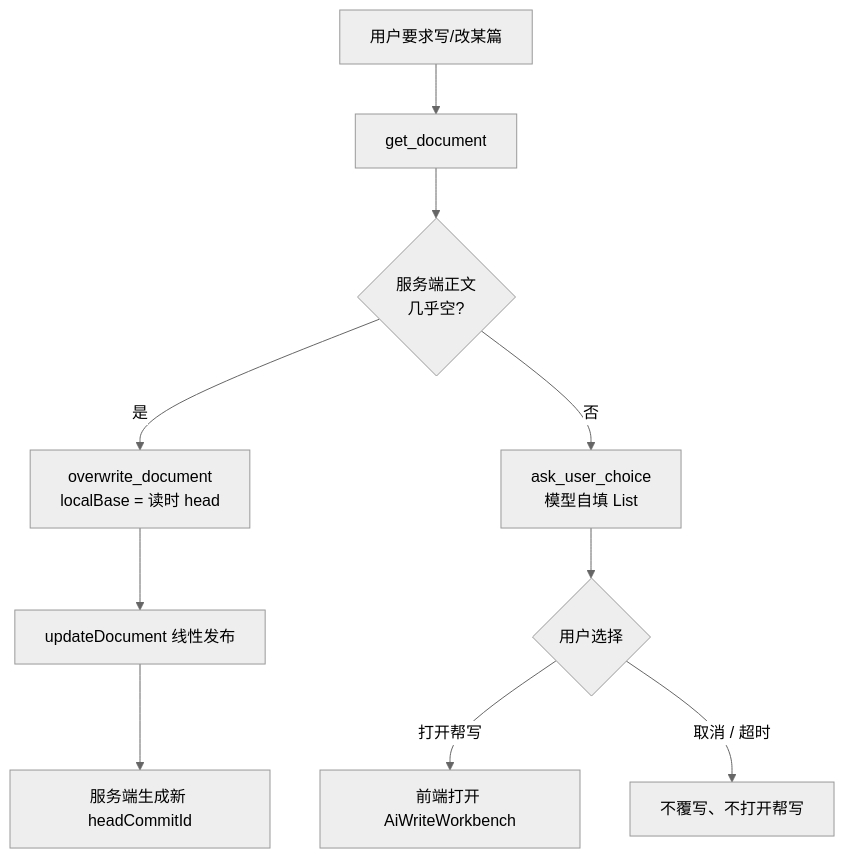
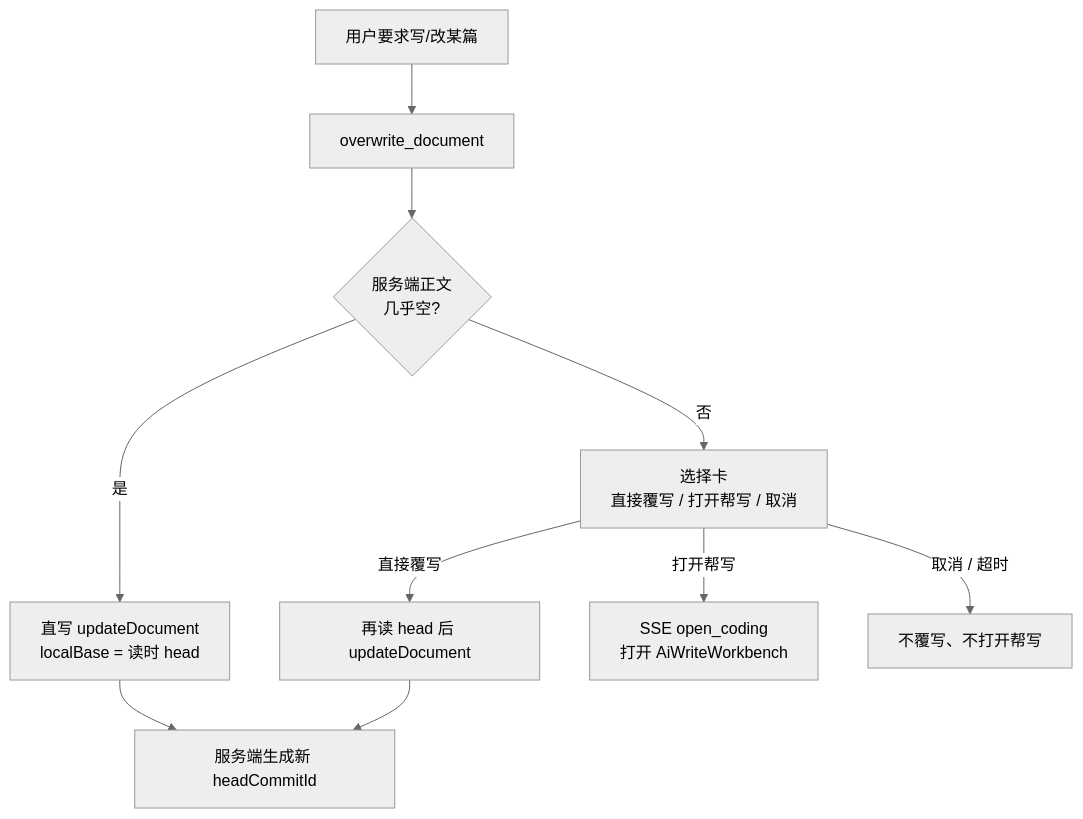
Before and after one commit to xuhuafeifei/mdocs: the second of 2 diagrams in .mdocs-docs/diagrams/ask-user-choice-flow.md, drawn with Mermaid (neutral theme). The commit also changed other lines of this file and 17 other files, not shown here.

````diff
--- a/.mdocs-docs/diagrams/ask-user-choice-flow.md
+++ b/.mdocs-docs/diagrams/ask-user-choice-flow.md
@@ -47,12 +47,12 @@
 ```mermaid
 flowchart TD
-  A[用户要求写/改某篇] --> B[get_document]
+  A[用户要求写/改某篇] --> B[overwrite_document]
   B --> C{服务端正文<br/>几乎空?}
-  C -->|是| D[overwrite_document<br/>localBase = 读时 head]
-  D --> E[updateDocument 线性发布]
-  E --> F[服务端生成新 headCommitId]
-  C -->|否| G[ask_user_choice<br/>模型自填 List]
-  G --> H{用户选择}
-  H -->|打开帮写| I[前端打开 AiWriteWorkbench]
-  H -->|取消 / 超时| J[不覆写、不打开帮写]
+  C -->|是| D[直写 updateDocument<br/>localBase = 读时 head]
+  D --> E[服务端生成新 headCommitId]
+  C -->|否| G[选择卡<br/>直接覆写 / 打开帮写 / 取消]
+  G -->|直接覆写| D2[再读 head 后 updateDocument]
+  D2 --> E
+  G -->|打开帮写| I[SSE open_coding<br/>打开 AiWriteWorkbench]
+  G -->|取消 / 超时| J[不覆写、不打开帮写]
 ```
````
